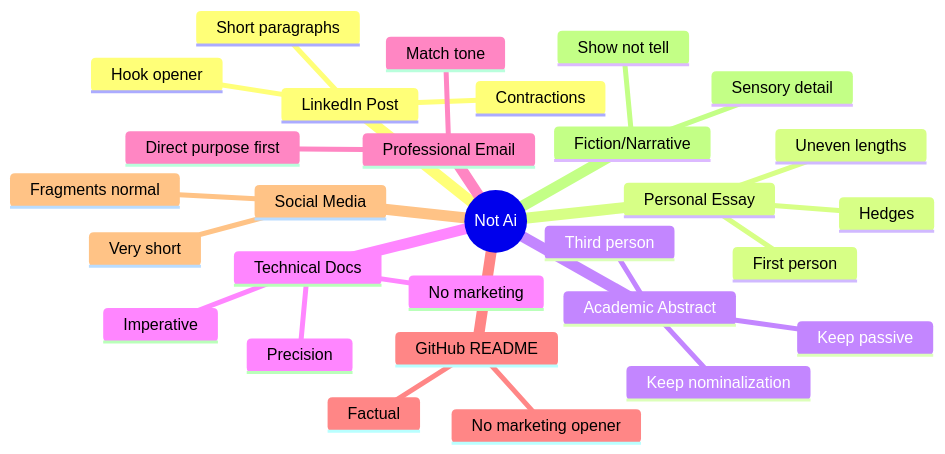
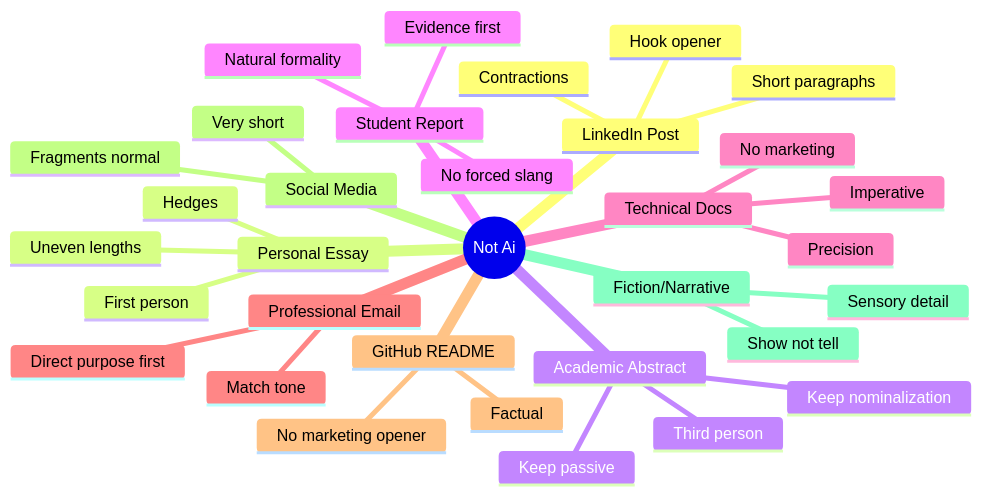
The second of 3 diagrams in README.md (udaysharmadev/Not-Ai), drawn with Mermaid before and after one commit. The commit also changed other lines of this file and 49 other files, not shown here.

````diff
--- a/README.md
+++ b/README.md
@@ -179,32 +142,36 @@
 ```mermaid
 mindmap
   root((Not Ai))
     LinkedIn Post
       Hook opener
       Contractions
       Short paragraphs
     Personal Essay
       First person
       Hedges
       Uneven lengths
     Academic Abstract
       Keep passive
       Keep nominalization
       Third person
+    Student Report
+      Evidence first
+      Natural formality
+      No forced slang
     Technical Docs
       Imperative
       Precision
       No marketing
     Professional Email
       Match tone
       Direct purpose first
     GitHub README
       Factual
       No marketing opener
     Social Media
       Fragments normal
       Very short
     Fiction/Narrative
       Show not tell
       Sensory detail
 ```
````
